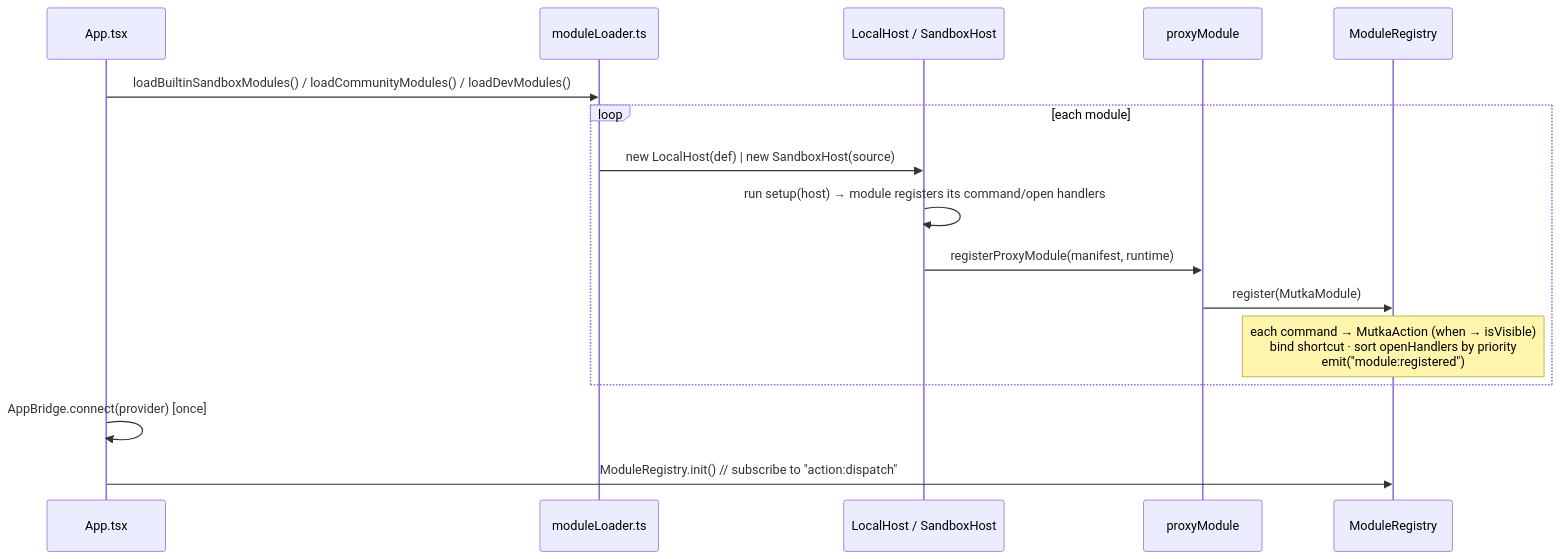
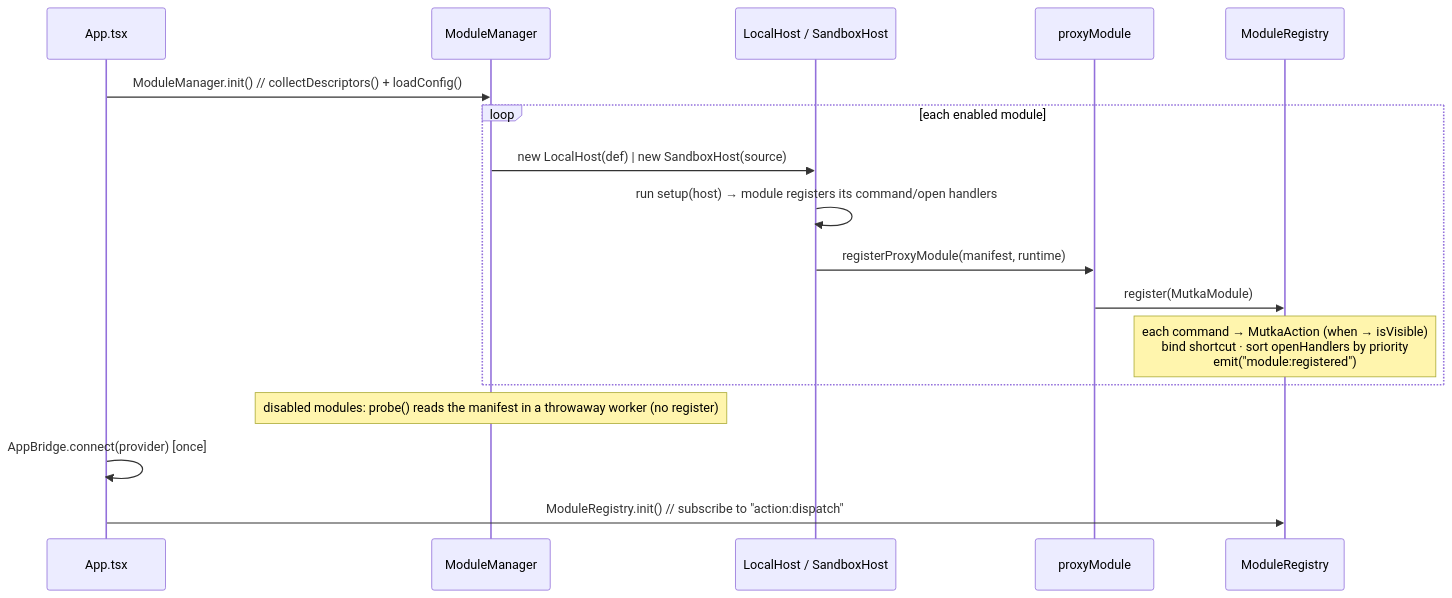
Before and after one commit to ilianAZZ/mutka: the third of 3 diagrams in docs/architecture.md, drawn with Mermaid. The commit also changed other lines of this file and 44 other files, not shown here.

First line of the commit message:
feat(modules): implement module lifecycle management and UI integration

````diff
--- a/docs/architecture.md
+++ b/docs/architecture.md
@@ -229,19 +230,20 @@
 ```mermaid
 sequenceDiagram
   participant App as App.tsx
-  participant Loader as moduleLoader.ts
+  participant MM as ModuleManager
   participant Host as LocalHost / SandboxHost
   participant PM as proxyModule
   participant MR as ModuleRegistry
 
-  App->>Loader: loadBuiltinSandboxModules() / loadCommunityModules() / loadDevModules()
-  loop each module
-    Loader->>Host: new LocalHost(def) | new SandboxHost(source)
+  App->>MM: ModuleManager.init()  // collectDescriptors() + loadConfig()
+  loop each enabled module
+    MM->>Host: new LocalHost(def) | new SandboxHost(source)
     Host->>Host: run setup(host) → module registers its command/open handlers
     Host->>PM: registerProxyModule(manifest, runtime)
     PM->>MR: register(MutkaModule)
     Note over MR: each command → MutkaAction (when → isVisible)<br/>bind shortcut · sort openHandlers by priority<br/>emit("module:registered")
   end
+  Note over MM: disabled modules: probe() reads the manifest in a throwaway worker (no register)
   App->>App: AppBridge.connect(provider) [once]
   App->>MR: ModuleRegistry.init()  // subscribe to "action:dispatch"
 ```
````
